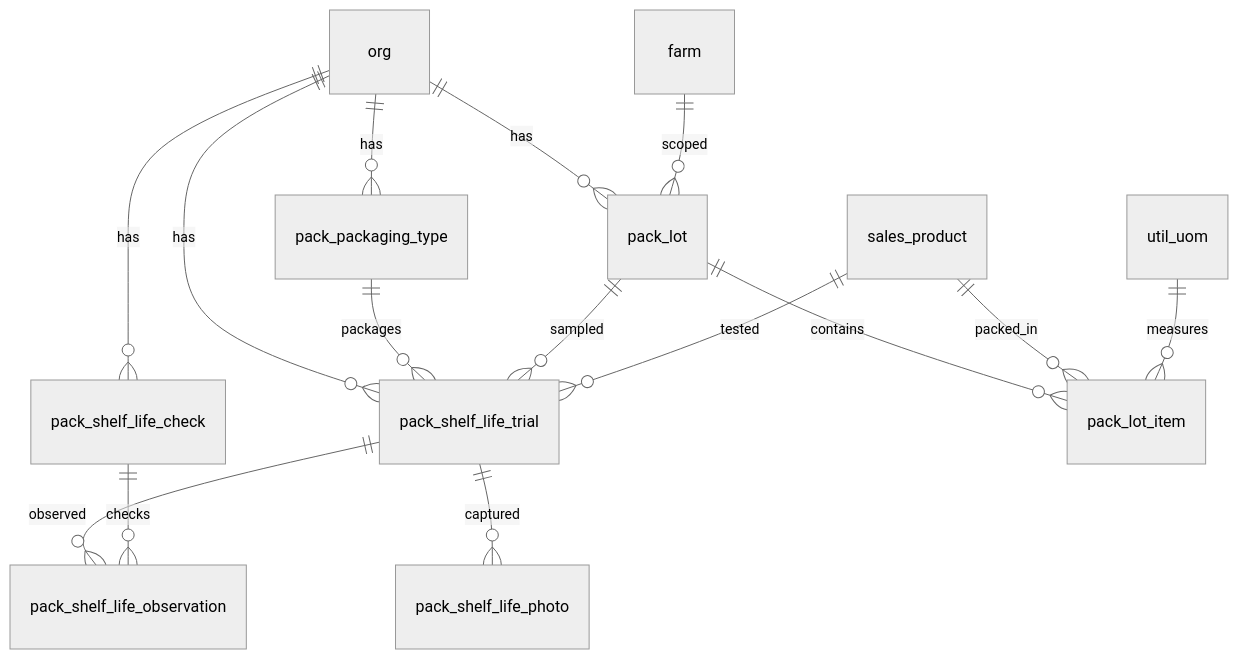
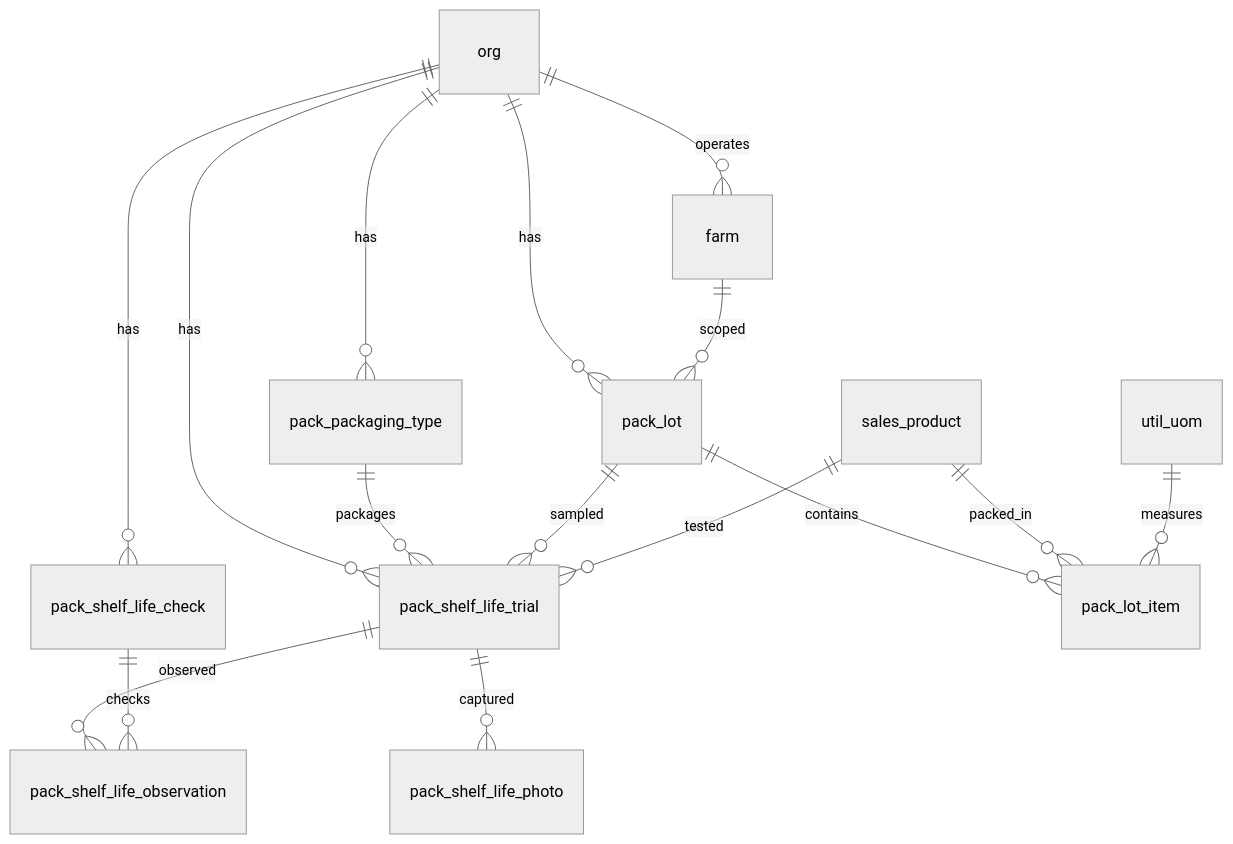
One commit to Hawaii-Farming/aloha-app changed the diagram in docs/schemas/20260319_05_pack.md. Above: the diagram before and after it, drawn with Mermaid (neutral theme). The commit also changed 9 other files, not shown here.

First line of the commit message:
Fix remaining audit violations and add org-farm relationship to all ERDs

````diff
--- a/docs/schemas/20260319_05_pack.md
+++ b/docs/schemas/20260319_05_pack.md
@@ -13,18 +13,19 @@
 ```mermaid
 erDiagram
+    org ||--o{ farm : operates
     org ||--o{ pack_packaging_type : has
     org ||--o{ pack_lot : has
     org ||--o{ pack_shelf_life_check : has
     org ||--o{ pack_shelf_life_trial : has
     farm ||--o{ pack_lot : scoped
     pack_lot ||--o{ pack_lot_item : contains
     sales_product ||--o{ pack_lot_item : packed_in
     util_uom ||--o{ pack_lot_item : measures
 
     pack_packaging_type ||--o{ pack_shelf_life_trial : packages
     pack_lot ||--o{ pack_shelf_life_trial : sampled
     sales_product ||--o{ pack_shelf_life_trial : tested
     pack_shelf_life_trial ||--o{ pack_shelf_life_observation : observed
     pack_shelf_life_check ||--o{ pack_shelf_life_observation : checks
     pack_shelf_life_trial ||--o{ pack_shelf_life_photo : captured
 ```
````
